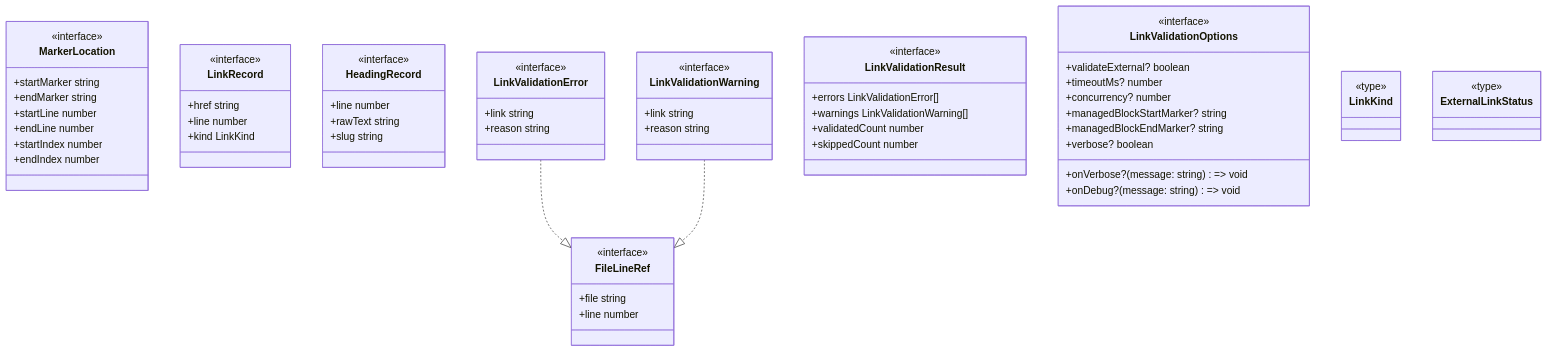
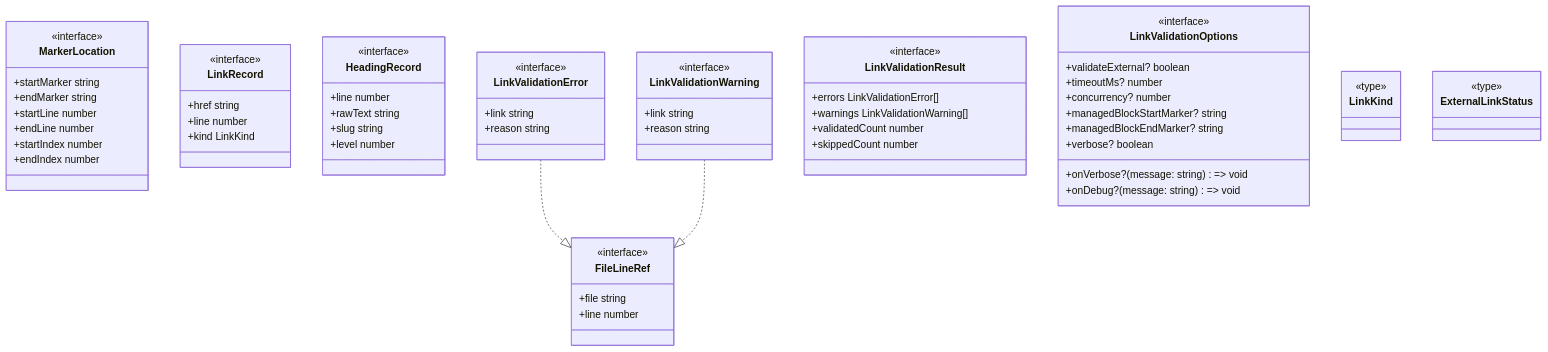
One commit to doikayt/build-tools changed the third of 6 diagrams in javascript/tooling-core/README.md. Above: the diagram before and after it, drawn with Mermaid. The commit also changed 8 other files, not shown here.

````diff
--- a/javascript/tooling-core/README.md
+++ b/javascript/tooling-core/README.md
@@ -213,67 +213,68 @@
 ```mermaid
 classDiagram
   direction TB
   class MarkerLocation {
     <<interface>>
     +startMarker string
     +endMarker string
     +startLine number
     +endLine number
     +startIndex number
     +endIndex number
   }
   class LinkRecord {
     <<interface>>
     +href string
     +line number
     +kind LinkKind
   }
   class HeadingRecord {
     <<interface>>
     +line number
     +rawText string
     +slug string
+    +level number
   }
   class FileLineRef {
     <<interface>>
     +file string
     +line number
   }
   class LinkValidationError {
     <<interface>>
     +link string
     +reason string
   }
   class LinkValidationWarning {
     <<interface>>
     +link string
     +reason string
   }
   class LinkValidationResult {
     <<interface>>
     +errors LinkValidationError[]
     +warnings LinkValidationWarning[]
     +validatedCount number
     +skippedCount number
   }
   class LinkValidationOptions {
     <<interface>>
     +validateExternal? boolean
     +timeoutMs? number
     +concurrency? number
     +managedBlockStartMarker? string
     +managedBlockEndMarker? string
     +verbose? boolean
     +onVerbose? (message: string) => void
     +onDebug? (message: string) => void
   }
   class LinkKind {
     <<type>>
   }
   class ExternalLinkStatus {
     <<type>>
   }
 
   LinkValidationError ..|> FileLineRef
   LinkValidationWarning ..|> FileLineRef
 ```
````
